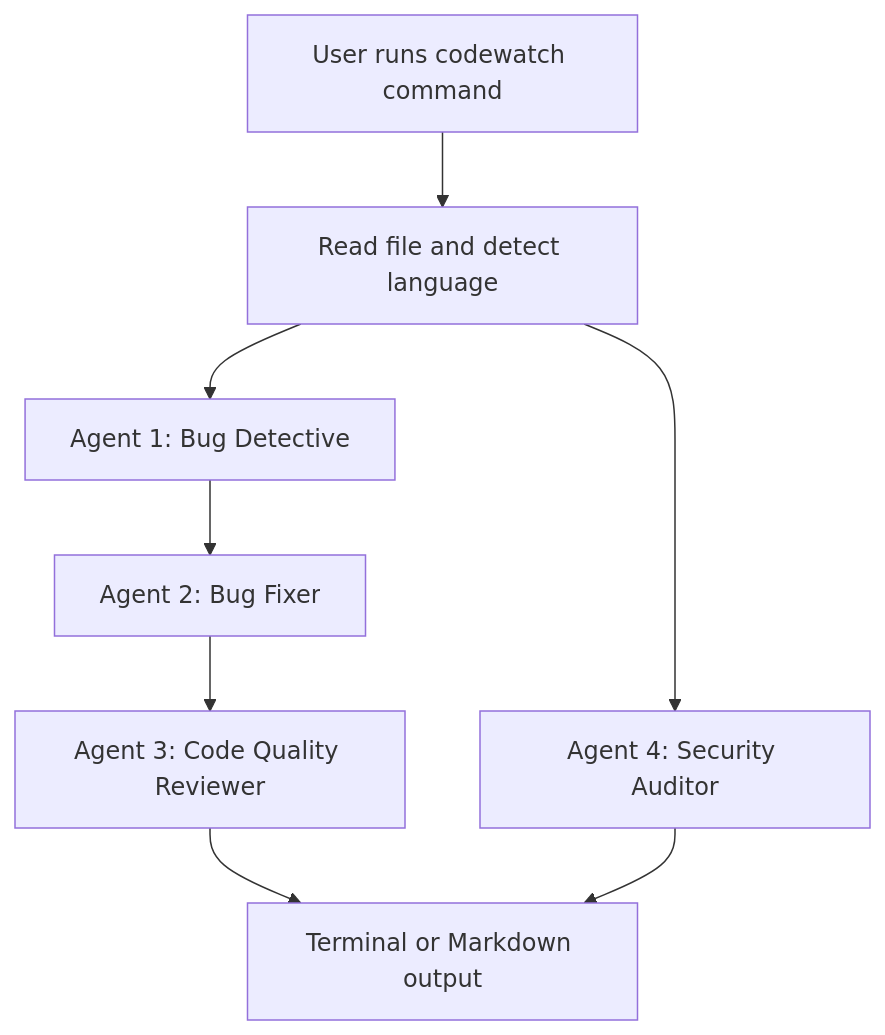
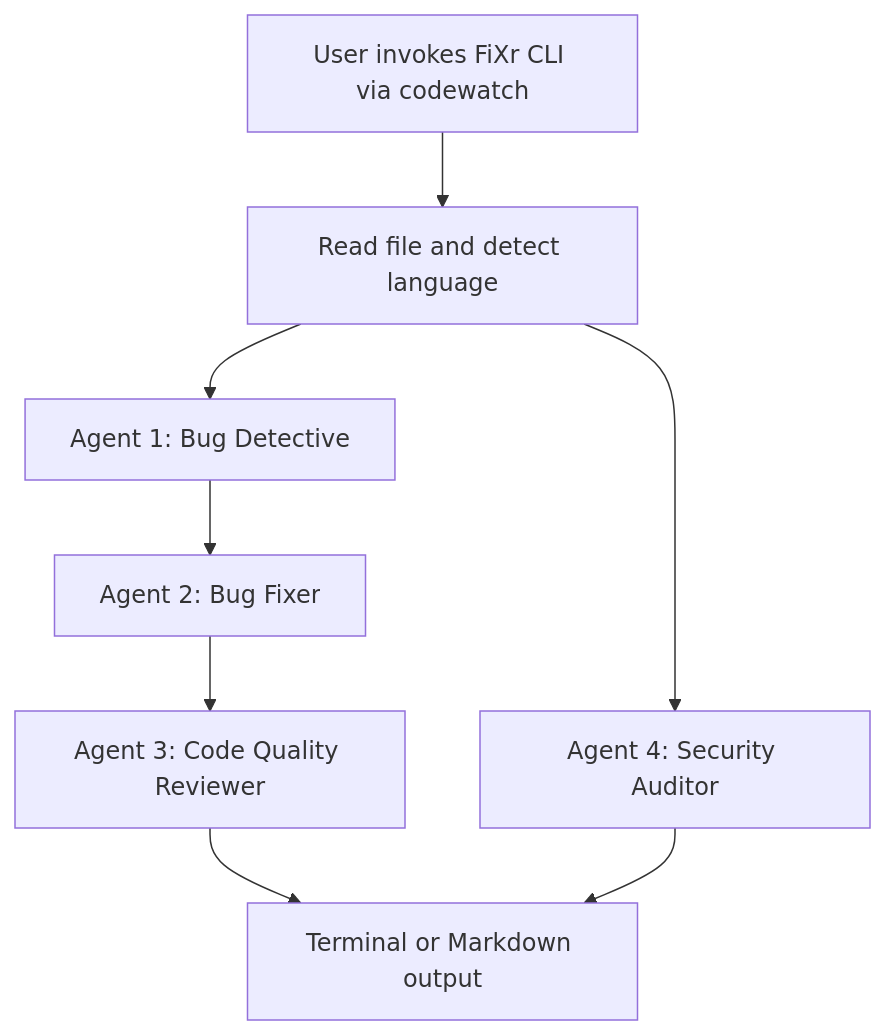
The diagram in README.md (soumyachk101/FiXr), drawn with Mermaid before and after one commit. The commit also changed other lines of this file and 2 other files, not shown here.

First line of the commit message:
Use local GIF assets and align README CLI naming

````diff
--- a/README.md
+++ b/README.md
@@ -46,10 +46,10 @@
 ```mermaid
 graph TD
-    User[User runs codewatch command] --> Reader[Read file and detect language]
+    User[User invokes FiXr CLI via codewatch] --> Reader[Read file and detect language]
     Reader --> A1[Agent 1: Bug Detective]
     A1 --> A2[Agent 2: Bug Fixer]
     A2 --> A3[Agent 3: Code Quality Reviewer]
     Reader --> A4[Agent 4: Security Auditor]
     A3 --> Render[Terminal or Markdown output]
     A4 --> Render
 ```
````
